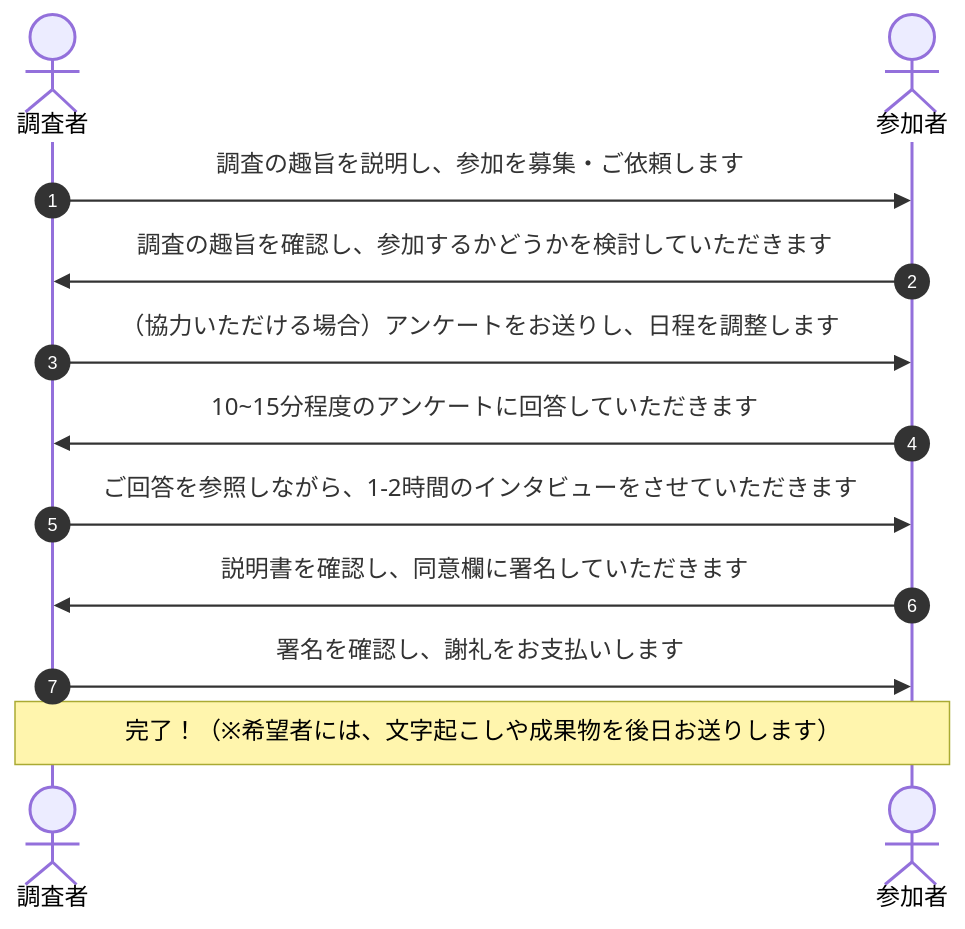
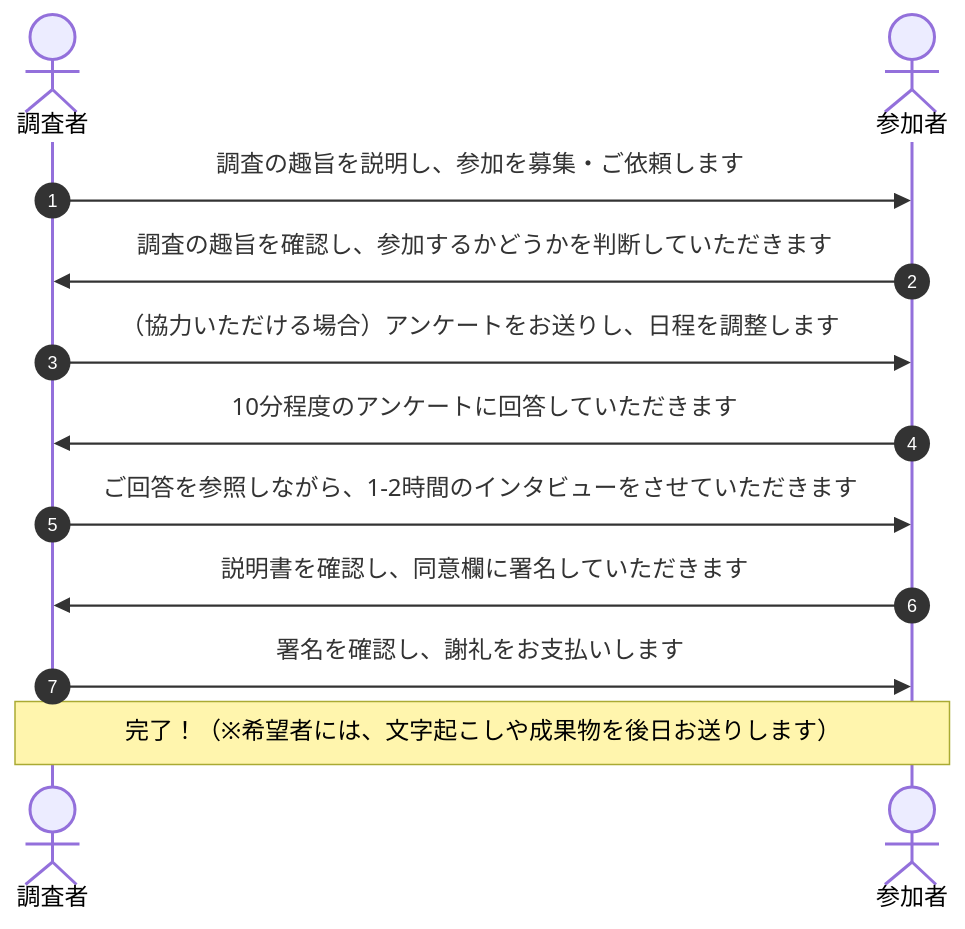
One commit to yaaruga/hp changed the diagram in prj-youth.qmd. Above: the diagram before and after it, drawn with Mermaid. The commit also changed 3 other files, not shown here.

````diff
--- a/prj-youth.qmd
+++ b/prj-youth.qmd
@@ -89,14 +89,14 @@
 ```{mermaid}
 sequenceDiagram
   autonumber
   actor 調査者
   actor 参加者
   調査者 ->> 参加者: 調査の趣旨を説明し、参加を募集・ご依頼します
-  参加者 ->> 調査者: 調査の趣旨を確認し、参加するかどうかを検討していただきます
+  参加者 ->> 調査者: 調査の趣旨を確認し、参加するかどうかを判断していただきます
   調査者 ->> 参加者: （協力いただける場合）アンケートをお送りし、日程を調整します
-  参加者 ->> 調査者: 10~15分程度のアンケートに回答していただきます
+  参加者 ->> 調査者: 10分程度のアンケートに回答していただきます
   調査者 ->> 参加者: ご回答を参照しながら、1-2時間のインタビューをさせていただきます
   参加者 ->> 調査者: 説明書を確認し、同意欄に署名していただきます
   調査者 ->> 参加者: 署名を確認し、謝礼をお支払いします
   Note over 調査者, 参加者: 完了！（※希望者には、文字起こしや成果物を後日お送りします）
 ```
````
